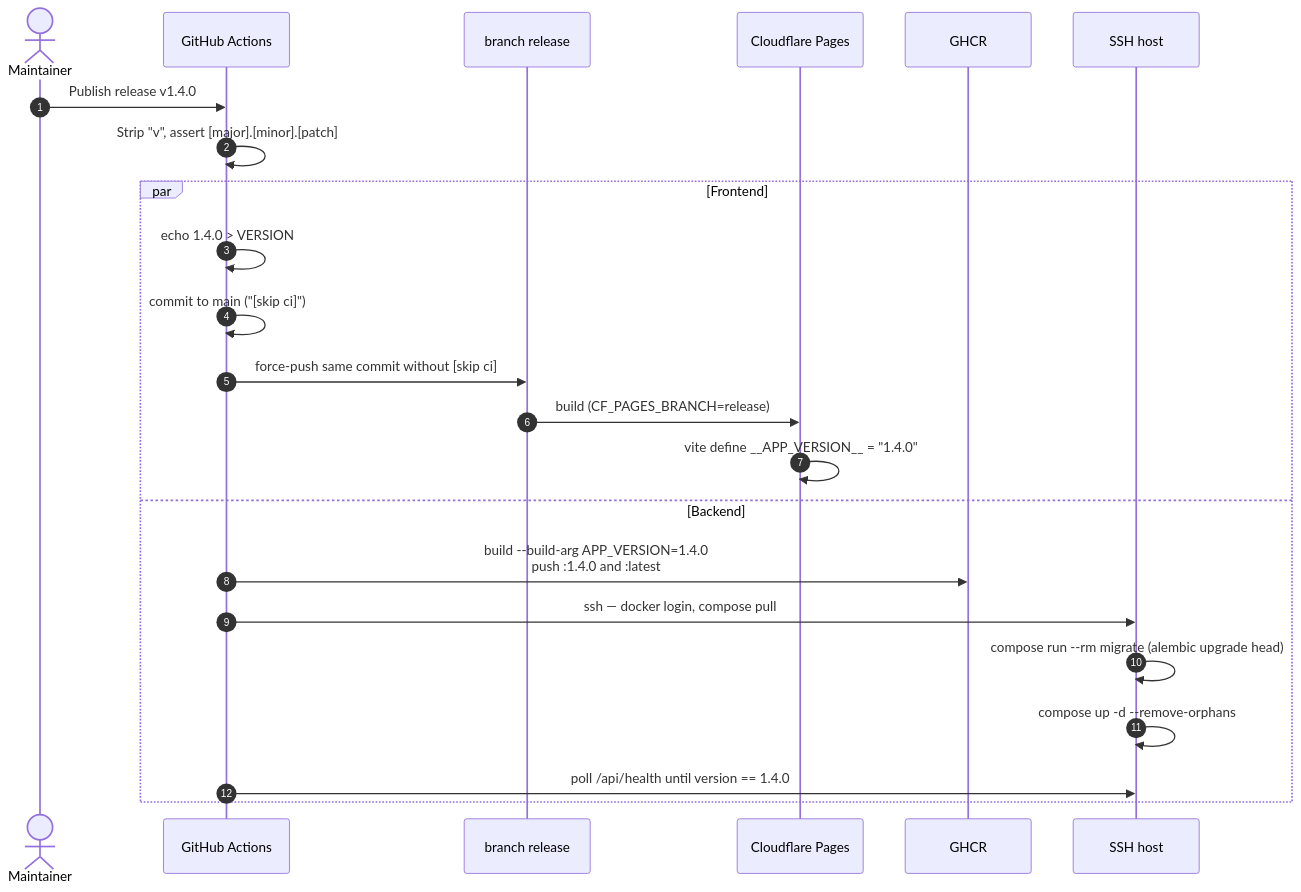
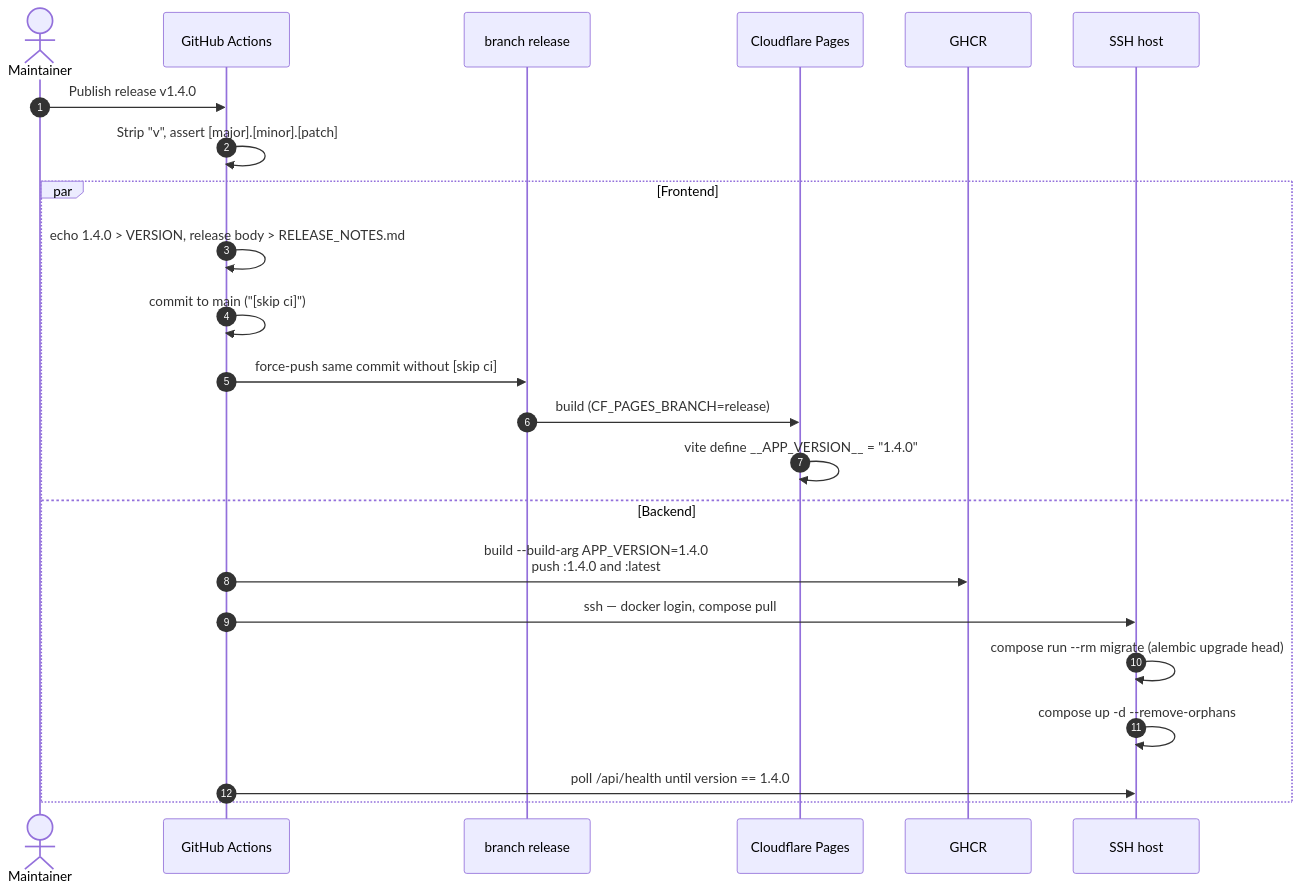
The third of 5 diagrams in docs/deployment.md (ValentinHerrmann/Examance), drawn with Mermaid before and after one commit. The commit also changed 8 other files, not shown here.

First line of the commit message:
Show GitHub release notes in-app, imported at release time (#94)

````diff
--- a/docs/deployment.md
+++ b/docs/deployment.md
@@ -102,26 +102,26 @@
 ```mermaid
 sequenceDiagram
     autonumber
     actor M as Maintainer
     participant GA as GitHub Actions
     participant R as branch release
     participant CF as Cloudflare Pages
     participant GR as GHCR
     participant S as SSH host
 
     M->>GA: Publish release v1.4.0
     GA->>GA: Strip "v", assert [major].[minor].[patch]
     par Frontend
-        GA->>GA: echo 1.4.0 > VERSION
+        GA->>GA: echo 1.4.0 > VERSION, release body > RELEASE_NOTES.md
         GA->>GA: commit to main ("[skip ci]")
         GA->>R: force-push same commit without [skip ci]
         R->>CF: build (CF_PAGES_BRANCH=release)
         CF->>CF: vite define __APP_VERSION__ = "1.4.0"
     and Backend
         GA->>GR: build --build-arg APP_VERSION=1.4.0<br/>push :1.4.0 and :latest
         GA->>S: ssh — docker login, compose pull
         S->>S: compose run --rm migrate (alembic upgrade head)
         S->>S: compose up -d --remove-orphans
         GA->>S: poll /api/health until version == 1.4.0
     end
 ```
````
